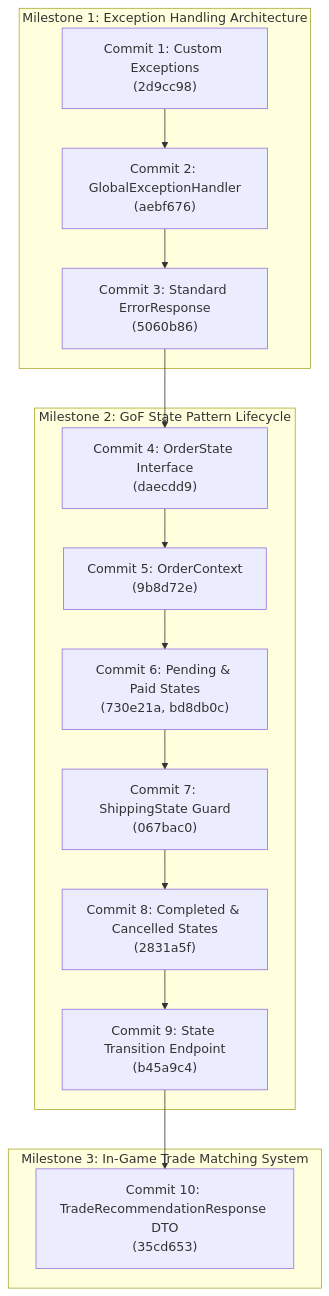
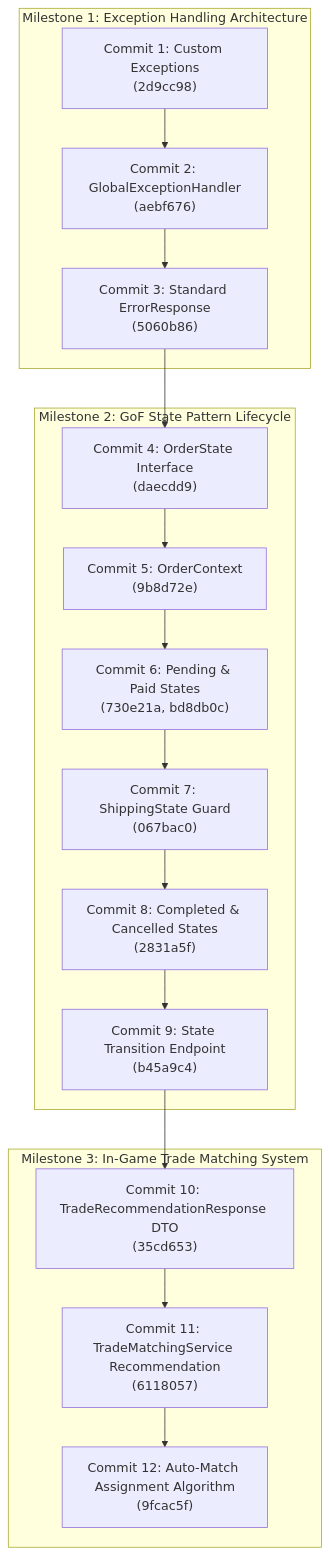
Before and after one commit to Bigzzz0/Pok-Vault_Commerce: the diagram in knowledge.md, drawn with Mermaid. The commit also changed other lines of this file, not shown here.

Commit message:
docs: document Commit 11 and Commit 12 in knowledge log and update tracker

````diff
--- a/knowledge.md
+++ b/knowledge.md
@@ -34,20 +34,22 @@
 ```mermaid
 graph TD
     subgraph ExceptionHandling["Milestone 1: Exception Handling Architecture"]
         C1["Commit 1: Custom Exceptions\n(2d9cc98)"] --> C2["Commit 2: GlobalExceptionHandler\n(aebf676)"]
         C2 --> C3["Commit 3: Standard ErrorResponse\n(5060b86)"]
     end
 
     subgraph StatePattern["Milestone 2: GoF State Pattern Lifecycle"]
         C3 --> C4["Commit 4: OrderState Interface\n(daecdd9)"]
         C4 --> C5["Commit 5: OrderContext\n(9b8d72e)"]
         C5 --> C6["Commit 6: Pending & Paid States\n(730e21a, bd8db0c)"]
         C6 --> C7["Commit 7: ShippingState Guard\n(067bac0)"]
         C7 --> C8["Commit 8: Completed & Cancelled States\n(2831a5f)"]
         C8 --> C9["Commit 9: State Transition Endpoint\n(b45a9c4)"]
     end
 
     subgraph TradeMatching["Milestone 3: In-Game Trade Matching System"]
         C9 --> C10["Commit 10: TradeRecommendationResponse DTO\n(35cd653)"]
+        C10 --> C11["Commit 11: TradeMatchingService Recommendation\n(6118057)"]
+        C11 --> C12["Commit 12: Auto-Match Assignment Algorithm\n(9fcac5f)"]
     end
 ```
````
